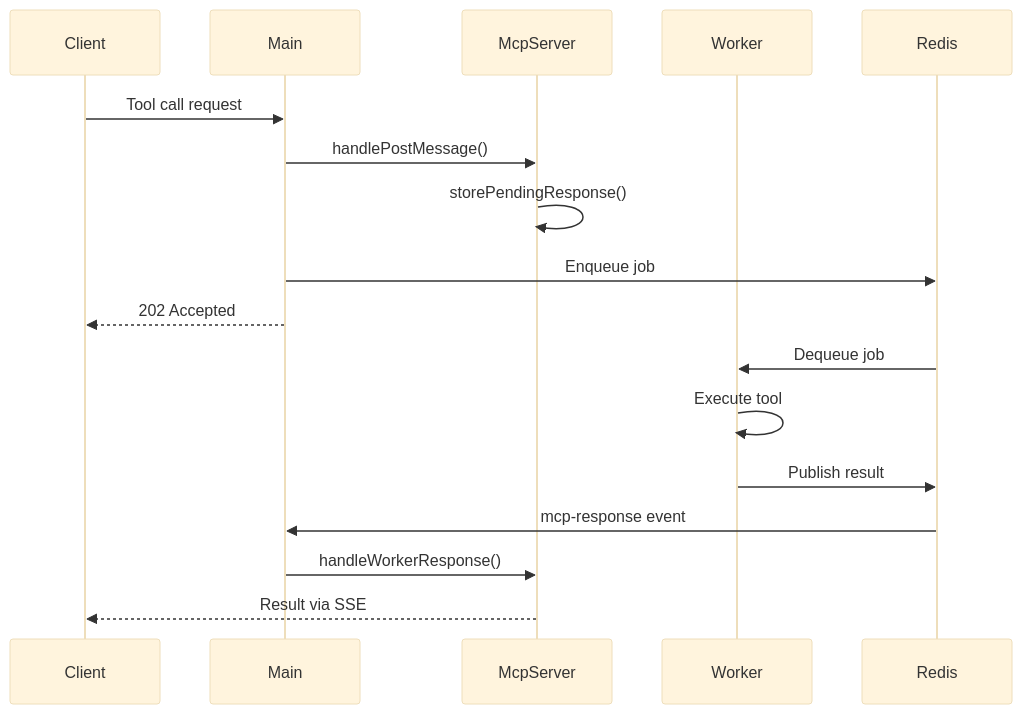
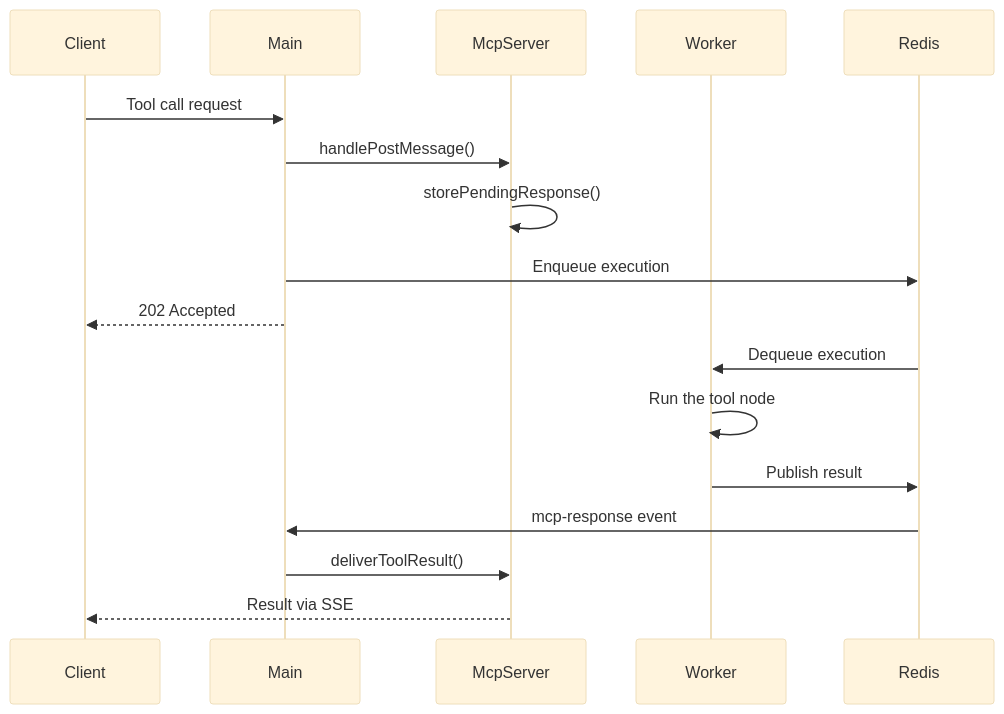
Diagram 11 of 11 in packages/@n8n/nodes-langchain/nodes/mcp/McpTrigger/README.md (mayankjain1815-commits/n8n), drawn with Mermaid (base theme) before and after one commit. The commit also changed other lines of this file and 34 other files, not shown here.

Commit message:
fix(core): Dispatch MCP trigger tool calls through the workflow engine

````diff
--- a/packages/@n8n/nodes-langchain/nodes/mcp/McpTrigger/README.md
+++ b/packages/@n8n/nodes-langchain/nodes/mcp/McpTrigger/README.md
@@ -778,22 +690,22 @@
 ```mermaid
 sequenceDiagram
     participant Client
     participant Main
     participant McpServer
     participant Worker
     participant Redis
 
     Client->>Main: Tool call request
     Main->>McpServer: handlePostMessage()
     McpServer->>McpServer: storePendingResponse()
-    Main->>Redis: Enqueue job
+    Main->>Redis: Enqueue execution
     Main-->>Client: 202 Accepted
 
-    Redis->>Worker: Dequeue job
-    Worker->>Worker: Execute tool
+    Redis->>Worker: Dequeue execution
+    Worker->>Worker: Run the tool node
     Worker->>Redis: Publish result
 
     Redis->>Main: mcp-response event
-    Main->>McpServer: handleWorkerResponse()
+    Main->>McpServer: deliverToolResult()
     McpServer-->>Client: Result via SSE
 ```
````
